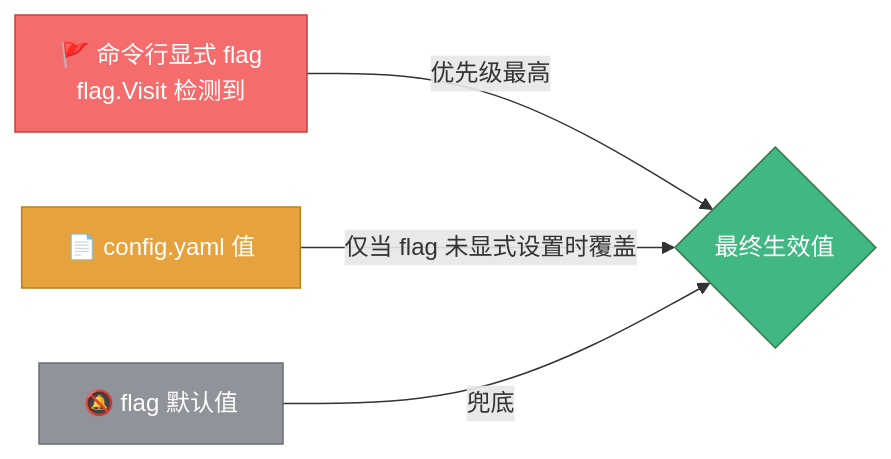
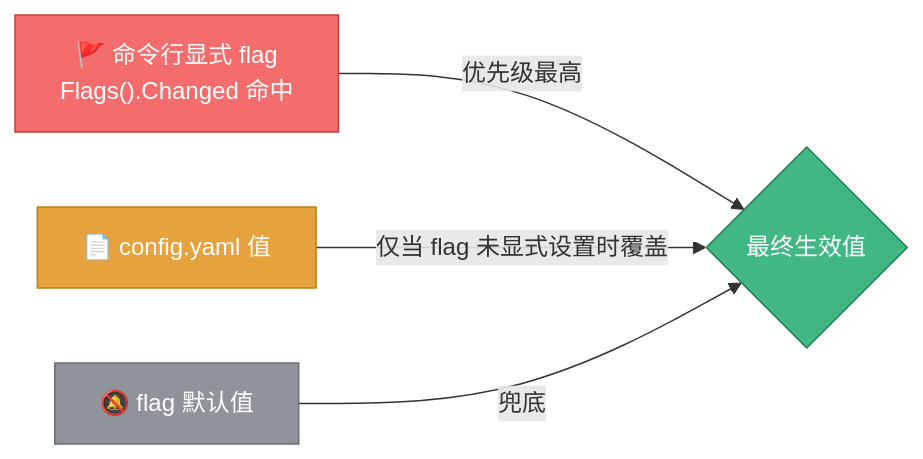
Before and after one commit to cyberspacesec/whois-skills: the second of 2 diagrams in website/cli/flags.md, drawn with Mermaid. The commit also changed other lines of this file and 21 other files, not shown here.

````diff
--- a/website/cli/flags.md
+++ b/website/cli/flags.md
@@ -301,19 +419,19 @@
 ```mermaid
 flowchart LR
-    Explicit["🚩 命令行显式 flag<br/>flag.Visit 检测到"]
+    Explicit["🚩 命令行显式 flag<br/>Flags().Changed 命中"]
     YAML["📄 config.yaml 值"]
     Default["🔕 flag 默认值"]
 
     Explicit -->|"优先级最高"| Final{"最终生效值"}
     YAML -->|"仅当 flag 未显式设置时覆盖"| Final
     Default -->|"兜底"| Final
 
     classDef hi fill:#f56c6c,color:#fff,stroke:#c04040
     classDef mid fill:#e6a23c,color:#fff,stroke:#b7821c
     classDef lo fill:#909399,color:#fff,stroke:#6b6e72
     classDef out fill:#41b883,color:#fff,stroke:#2b7a4b
     class Explicit hi
     class YAML mid
     class Default lo
     class Final out
 ```
````
